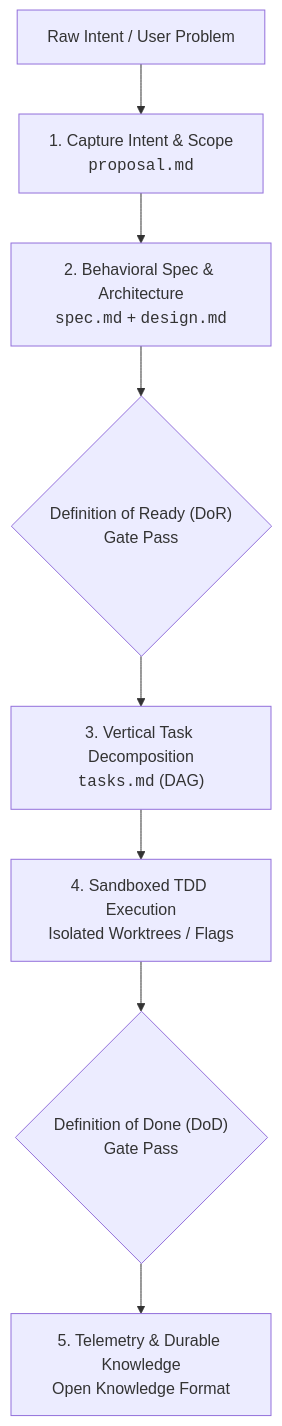
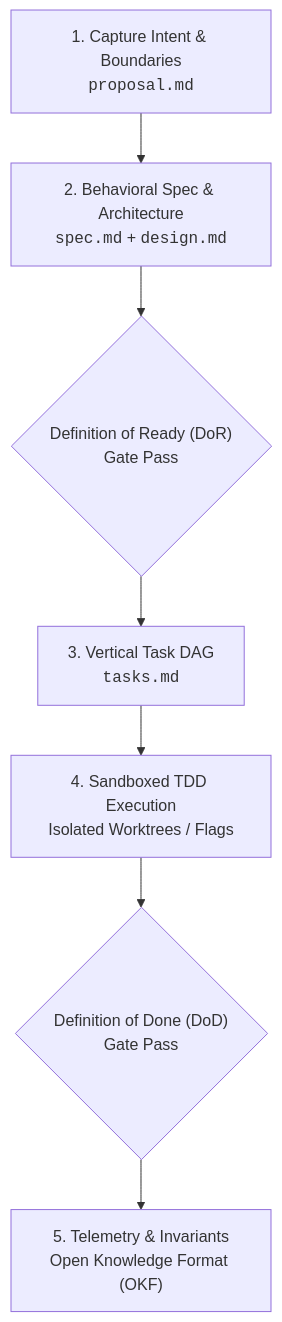
One commit to keolo/keolo-com changed the second of 3 diagrams in content/posts/planned-vs-unplanned-work-in-agentic-development.md. Above: the diagram before and after it, drawn with Mermaid. The commit also changed other lines of this file, not shown here.

````diff
--- a/content/posts/planned-vs-unplanned-work-in-agentic-development.md
+++ b/content/posts/planned-vs-unplanned-work-in-agentic-development.md
@@ -62,10 +43,9 @@
 ```mermaid
 flowchart TD
-    A["Raw Intent / User Problem"] --> B["1. Capture Intent & Scope<br/><code>proposal.md</code>"]
-    B --> C["2. Behavioral Spec & Architecture<br/><code>spec.md</code> + <code>design.md</code>"]
-    C --> D{"Definition of Ready (DoR)<br/>Gate Pass"}
-    D --> E["3. Vertical Task Decomposition<br/><code>tasks.md</code> (DAG)"]
-    E --> F["4. Sandboxed TDD Execution<br/>Isolated Worktrees / Flags"]
-    F --> G{"Definition of Done (DoD)<br/>Gate Pass"}
-    G --> H["5. Telemetry & Durable Knowledge<br/>Open Knowledge Format"]
+    Intent["1. Capture Intent & Boundaries<br/><code>proposal.md</code>"] --> Specs["2. Behavioral Spec & Architecture<br/><code>spec.md</code> + <code>design.md</code>"]
+    Specs --> DoR{"Definition of Ready (DoR)<br/>Gate Pass"}
+    DoR --> Tasks["3. Vertical Task DAG<br/><code>tasks.md</code>"]
+    Tasks --> Build["4. Sandboxed TDD Execution<br/>Isolated Worktrees / Flags"]
+    Build --> DoD{"Definition of Done (DoD)<br/>Gate Pass"}
+    DoD --> Learn["5. Telemetry & Invariants<br/>Open Knowledge Format (OKF)"]
 ```
````
